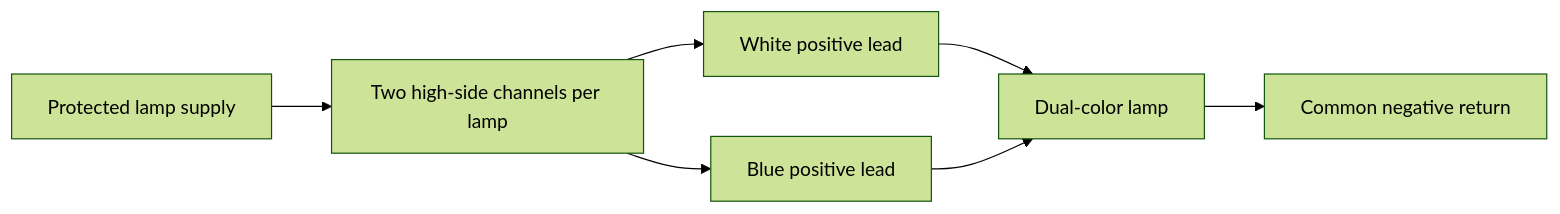
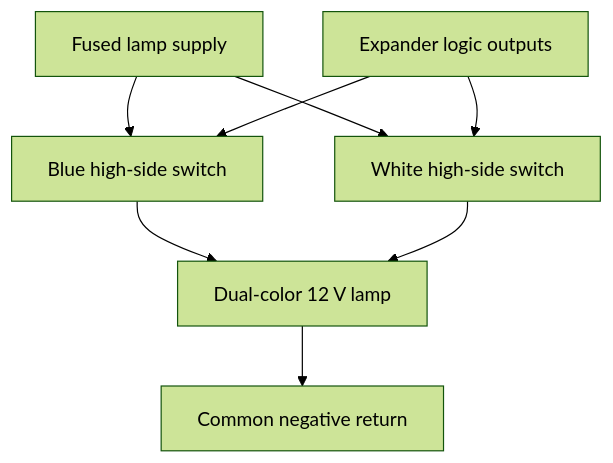
One commit to aeae1/Rock-Saw-Water-Control changed the second of 2 diagrams in docs/connections.md. Above: the diagram before and after it, drawn with Mermaid (forest theme). The commit also changed other lines of this file and 19 other files, not shown here.

````diff
--- a/docs/connections.md
+++ b/docs/connections.md
@@ -33,9 +36,10 @@
 ```mermaid
-flowchart LR
-    P["Protected lamp supply"] --> D["Two high-side channels per lamp"]
-    D --> W["White positive lead"]
-    D --> B["Blue positive lead"]
-    W --> L["Dual-color lamp"]
-    B --> L
+flowchart TD
+    P["Fused lamp supply"] --> B["Blue high-side switch"]
+    P --> W["White high-side switch"]
+    C["Expander logic outputs"] --> B
+    C --> W
+    B --> L["Dual-color 12 V lamp"]
+    W --> L
     L --> G["Common negative return"]
 ```
````
